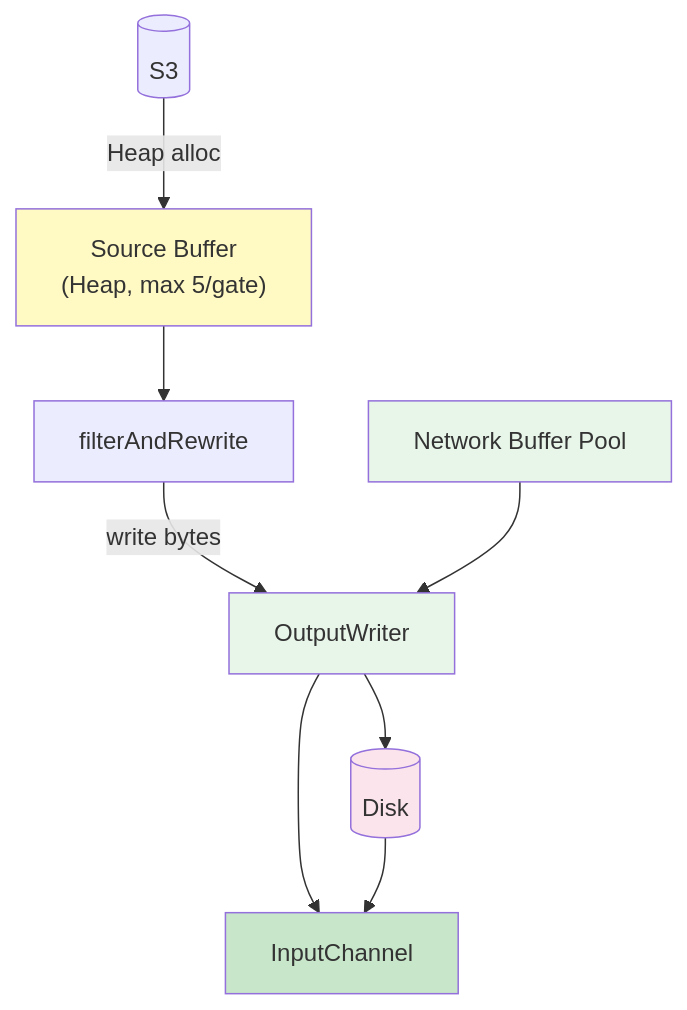
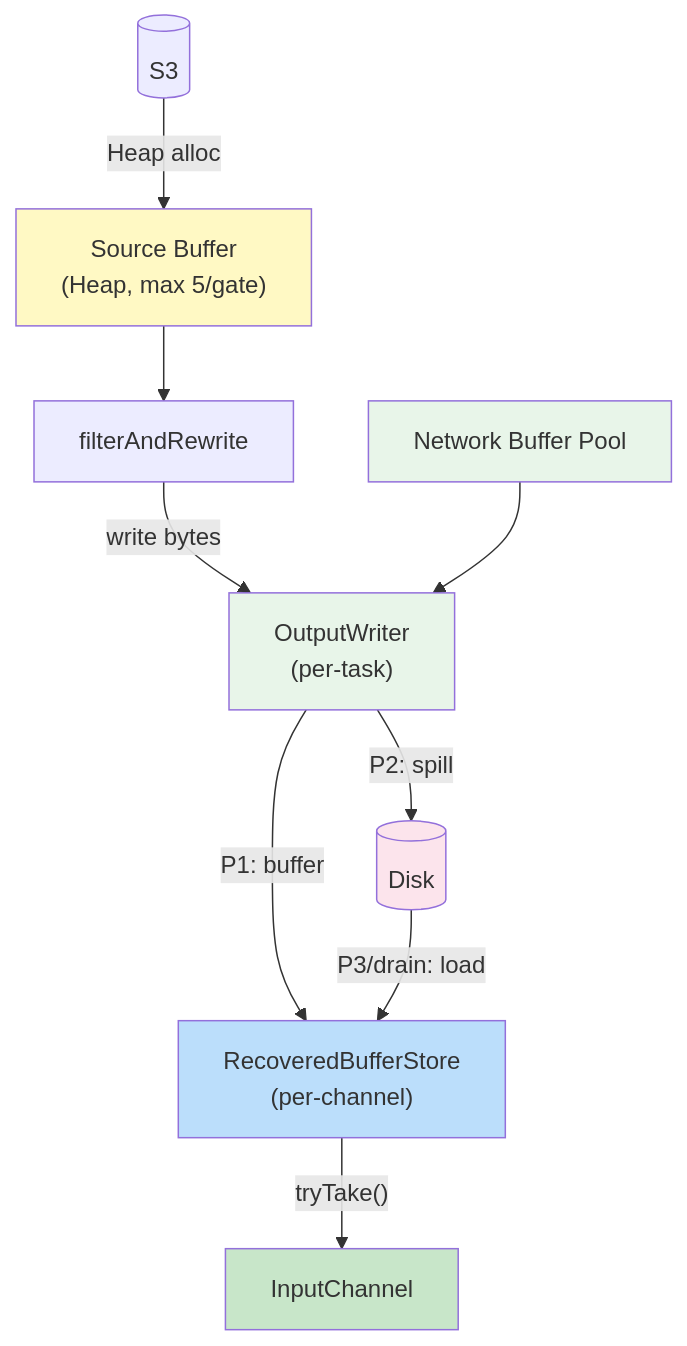
One commit to 1996fanrui/flink changed the second of 6 diagrams in requirements/38544/data_flow.md. Above: the diagram before and after it, drawn with Mermaid. The commit also changed other lines of this file and 5 other files, not shown here.

First line of the commit message:
[FLINK-38544] Detail RecoveredBufferStore impact on existing InputChannel code

````diff
--- a/requirements/38544/data_flow.md
+++ b/requirements/38544/data_flow.md
@@ -17,23 +26,26 @@
 ```mermaid
 graph TD
     S3[(S3)]
     SB["Source Buffer<br/>(Heap, max 5/gate)"]
     Filter["filterAndRewrite"]
-    OW["OutputWriter"]
+    OW["OutputWriter<br/>(per-task)"]
     Pool["Network Buffer Pool"]
     Disk[(Disk)]
+    Store["RecoveredBufferStore<br/>(per-channel)"]
     IC["InputChannel"]
 
     S3 -->|"Heap alloc"| SB
     SB --> Filter -->|"write bytes"| OW
     Pool --> OW
-    OW --> IC
-    OW --> Disk
-    Disk --> IC
+    OW -->|"P1: buffer"| Store
+    OW -->|"P2: spill"| Disk
+    Disk -->|"P3/drain: load"| Store
+    Store -->|"tryTake()"| IC
 
     style SB fill:#fff9c4
     style OW fill:#e8f5e9
     style Pool fill:#e8f5e9
     style Disk fill:#fce4ec
+    style Store fill:#bbdefb
     style IC fill:#c8e6c9
 ```
````
